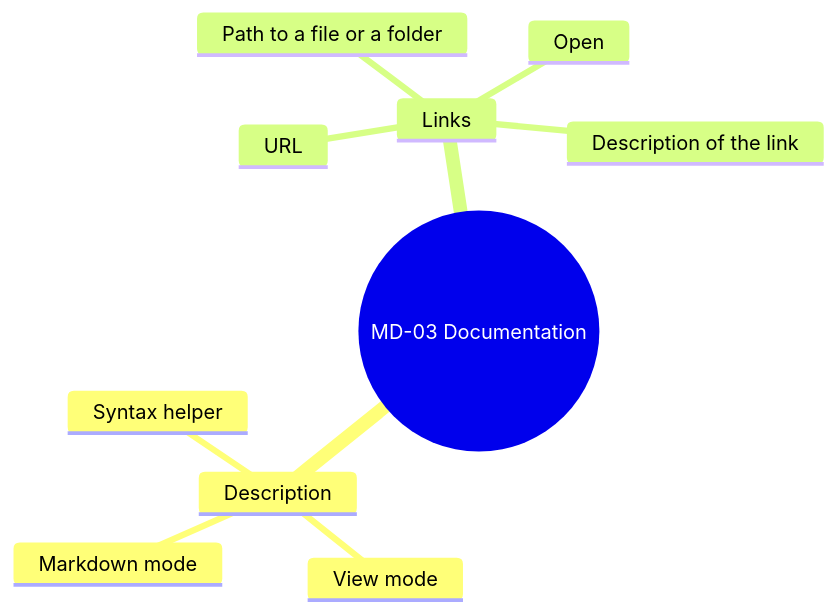
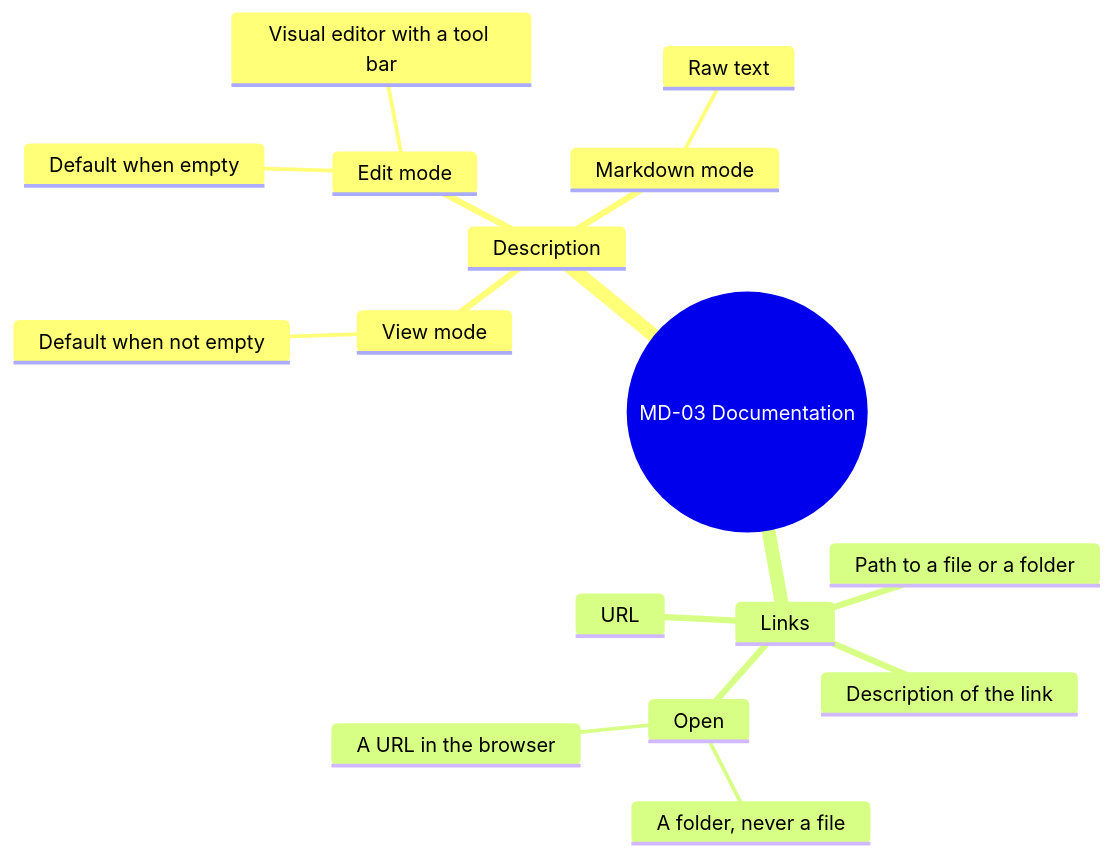
Before and after one commit to AlexandreGallais/synoptic-studio-spec: the fourth of 14 diagrams in screens/metadata.md, drawn with Mermaid. The commit also changed other lines of this file and 14 other files, not shown here.

````diff
--- a/screens/metadata.md
+++ b/screens/metadata.md
@@ -83,13 +86,19 @@
 ```mermaid
 mindmap
   root((MD-03 Documentation))
     Description
+      View mode
+        Default when not empty
+      Edit mode
+        Visual editor with a tool bar
+        Default when empty
       Markdown mode
-      View mode
-      Syntax helper
+        Raw text
     Links
       Path to a file or a folder
       URL
       Description of the link
       Open
+        A folder, never a file
+        A URL in the browser
 ```
````
